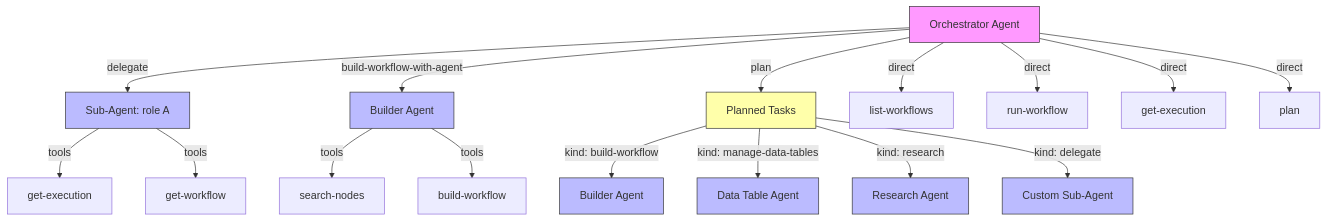
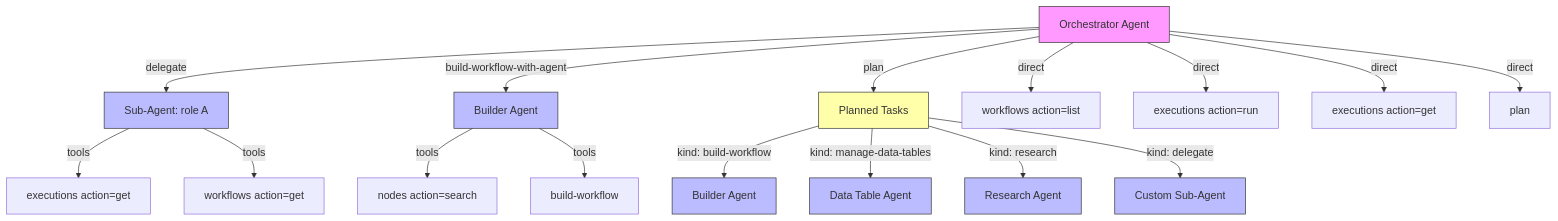
One commit to mayankjain1815-commits/n8n changed the second of 2 diagrams in packages/@n8n/instance-ai/docs/architecture.md. Above: the diagram before and after it, drawn with Mermaid. The commit also changed other lines of this file and 4 other files, not shown here.

````diff
--- a/packages/@n8n/instance-ai/docs/architecture.md
+++ b/packages/@n8n/instance-ai/docs/architecture.md
@@ -134,29 +134,29 @@
 ```mermaid
 graph TD
     O[Orchestrator Agent] -->|delegate| S1[Sub-Agent: role A]
     O -->|build-workflow-with-agent| S2[Builder Agent]
     O -->|plan| S3[Planned Tasks]
-    O -->|direct| T1[list-workflows]
-    O -->|direct| T2[run-workflow]
-    O -->|direct| T3[get-execution]
+    O -->|direct| T1[workflows action=list]
+    O -->|direct| T2[executions action=run]
+    O -->|direct| T3[executions action=get]
     O -->|direct| T4[plan]
 
     S3 -->|kind: build-workflow| S4[Builder Agent]
     S3 -->|kind: manage-data-tables| S5[Data Table Agent]
     S3 -->|kind: research| S6[Research Agent]
     S3 -->|kind: delegate| S7[Custom Sub-Agent]
 
-    S1 -->|tools| T5[get-execution]
-    S1 -->|tools| T6[get-workflow]
-    S2 -->|tools| T7[search-nodes]
+    S1 -->|tools| T5[executions action=get]
+    S1 -->|tools| T6[workflows action=get]
+    S2 -->|tools| T7[nodes action=search]
     S2 -->|tools| T8[build-workflow]
 
     style O fill:#f9f,stroke:#333
     style S1 fill:#bbf,stroke:#333
     style S2 fill:#bbf,stroke:#333
     style S3 fill:#ffa,stroke:#333
     style S4 fill:#bbf,stroke:#333
     style S5 fill:#bbf,stroke:#333
     style S6 fill:#bbf,stroke:#333
     style S7 fill:#bbf,stroke:#333
 ```
````
